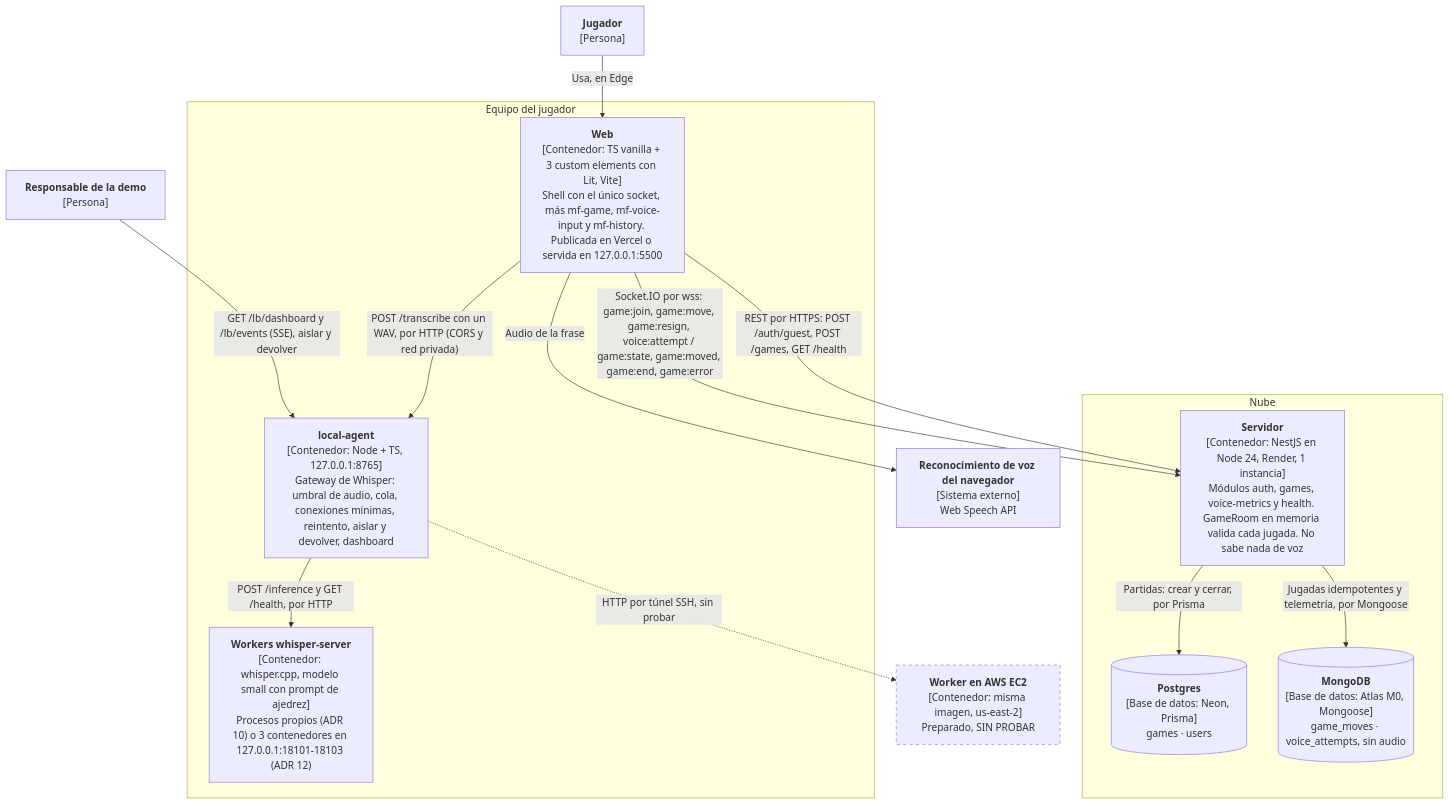
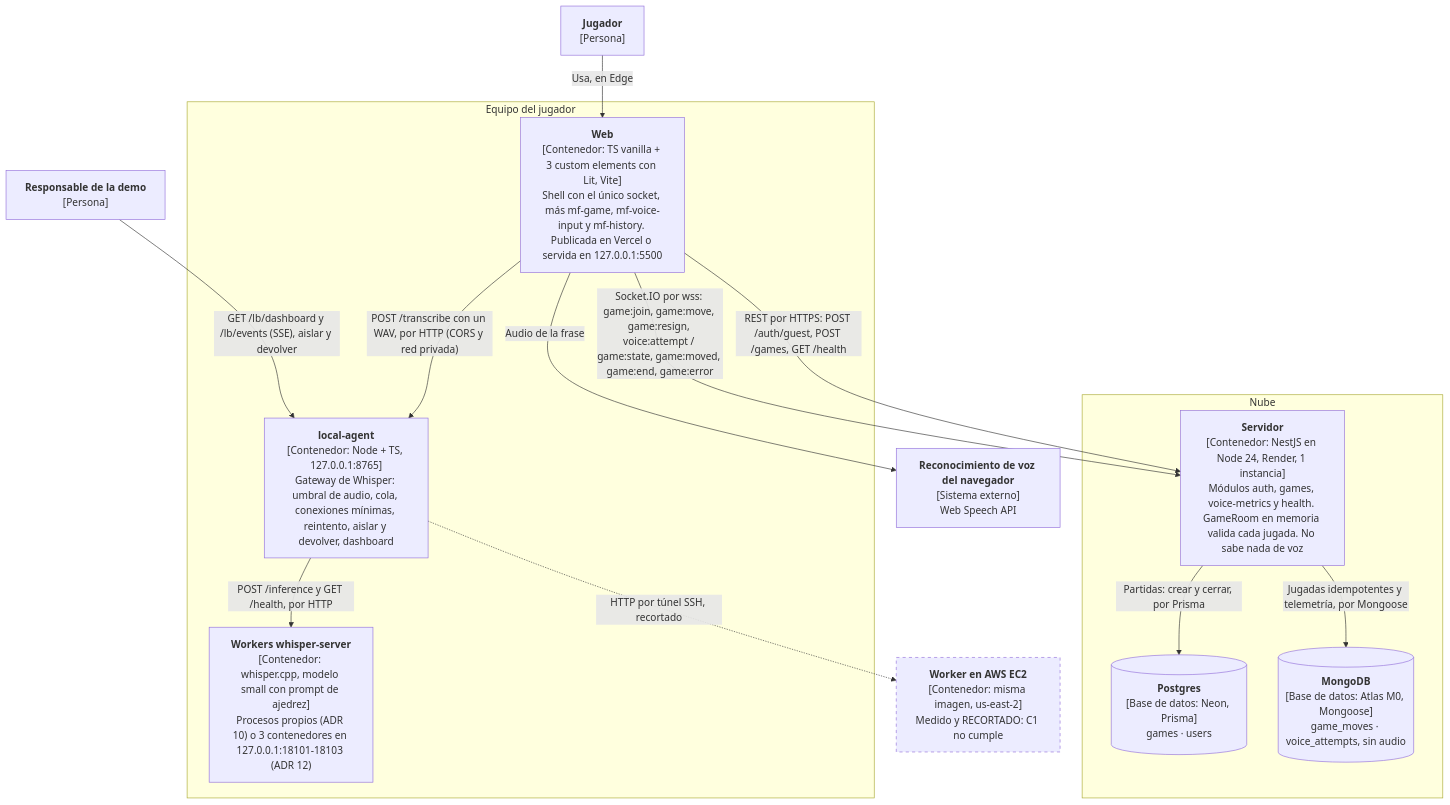
One commit to TWC-FINE/ChesssPeak changed the second of 2 diagrams in docs/c4.md. Above: the diagram before and after it, drawn with Mermaid. The commit also changed other lines of this file and 11 other files, not shown here.

````diff
--- a/docs/c4.md
+++ b/docs/c4.md
@@ -37,34 +37,34 @@
 ```mermaid
 flowchart TB
     jugador["<b>Jugador</b><br/>[Persona]"]
     operador["<b>Responsable de la demo</b><br/>[Persona]"]
     webspeech["<b>Reconocimiento de voz del navegador</b><br/>[Sistema externo]<br/>Web Speech API"]
 
     subgraph nube["Nube"]
         api["<b>Servidor</b><br/>[Contenedor: NestJS en Node 24, Render, 1 instancia]<br/>Módulos auth, games, voice-metrics y health. GameRoom en memoria valida cada jugada. No sabe nada de voz"]
         pg[("<b>Postgres</b><br/>[Base de datos: Neon, Prisma]<br/>games · users")]
         mongo[("<b>MongoDB</b><br/>[Base de datos: Atlas M0, Mongoose]<br/>game_moves · voice_attempts, sin audio")]
     end
 
     subgraph equipo["Equipo del jugador"]
         web["<b>Web</b><br/>[Contenedor: TS vanilla + 3 custom elements con Lit, Vite]<br/>Shell con el único socket, más mf-game, mf-voice-input y mf-history. Publicada en Vercel o servida en 127.0.0.1:5500"]
         agent["<b>local-agent</b><br/>[Contenedor: Node + TS, 127.0.0.1:8765]<br/>Gateway de Whisper: umbral de audio, cola, conexiones mínimas, reintento, aislar y devolver, dashboard"]
         workers["<b>Workers whisper-server</b><br/>[Contenedor: whisper.cpp, modelo small con prompt de ajedrez]<br/>Procesos propios (ADR 10) o 3 contenedores en 127.0.0.1:18101-18103 (ADR 12)"]
     end
 
-    ec2["<b>Worker en AWS EC2</b><br/>[Contenedor: misma imagen, us-east-2]<br/>Preparado, SIN PROBAR"]
+    ec2["<b>Worker en AWS EC2</b><br/>[Contenedor: misma imagen, us-east-2]<br/>Medido y RECORTADO: C1 no cumple"]
 
     jugador -- "Usa, en Edge" --> web
     web -- "REST por HTTPS: POST /auth/guest, POST /games, GET /health" --> api
     web -- "Socket.IO por wss: game:join, game:move, game:resign, voice:attempt / game:state, game:moved, game:end, game:error" --> api
     web -- "Audio de la frase" --> webspeech
     web -- "POST /transcribe con un WAV, por HTTP (CORS y red privada)" --> agent
     agent -- "POST /inference y GET /health, por HTTP" --> workers
-    agent -. "HTTP por túnel SSH, sin probar" .-> ec2
+    agent -. "HTTP por túnel SSH, recortado" .-> ec2
     operador -- "GET /lb/dashboard y /lb/events (SSE), aislar y devolver" --> agent
     api -- "Partidas: crear y cerrar, por Prisma" --> pg
     api -- "Jugadas idempotentes y telemetría, por Mongoose" --> mongo
 
     classDef pendiente stroke-dasharray: 5 5
     class ec2 pendiente
 ```
````
